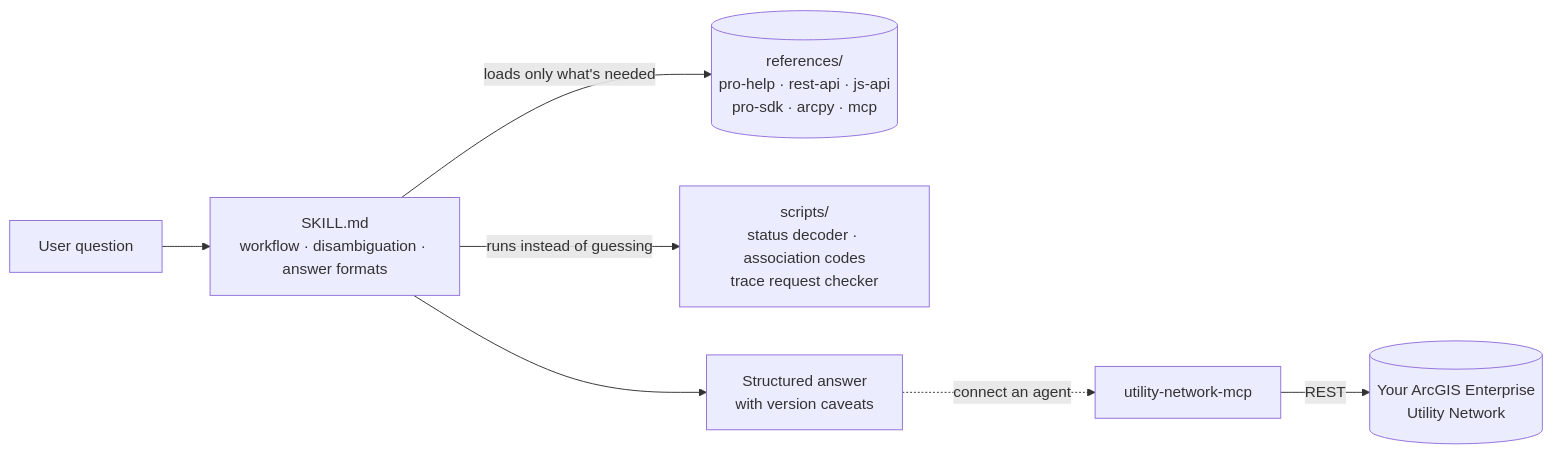
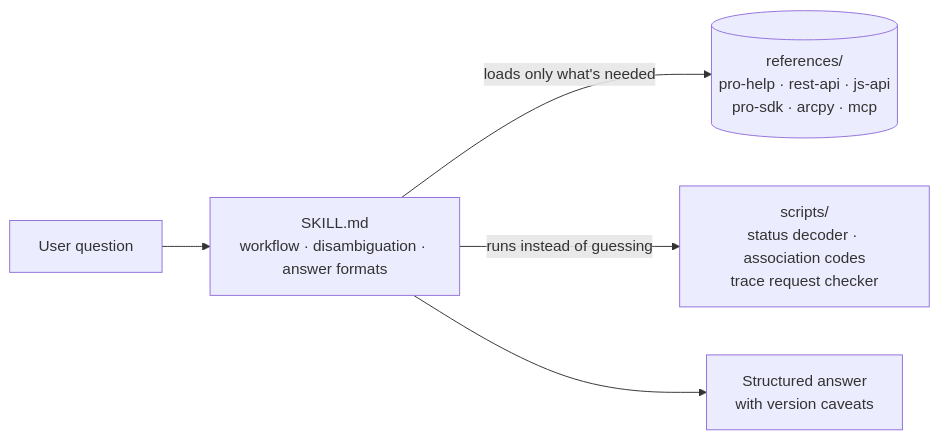
Before and after one commit to sgdev279/esri-utility-network-skill: the diagram in README.md, drawn with Mermaid. The commit also changed other lines of this file and 29 other files, not shown here.

````diff
--- a/README.md
+++ b/README.md
@@ -90,9 +81,7 @@
 ```mermaid
 flowchart LR
     Q[User question] --> S[SKILL.md<br/>workflow · disambiguation · answer formats]
     S -->|loads only what's needed| R[(references/<br/>pro-help · rest-api · js-api<br/>pro-sdk · arcpy · mcp)]
     S -->|runs instead of guessing| T[scripts/<br/>status decoder · association codes<br/>trace request checker]
     S --> A[Structured answer<br/>with version caveats]
-    M[utility-network-mcp] -->|REST| U[(Your ArcGIS Enterprise<br/>Utility Network)]
-    A -. "connect an agent" .-> M
 ```
````
